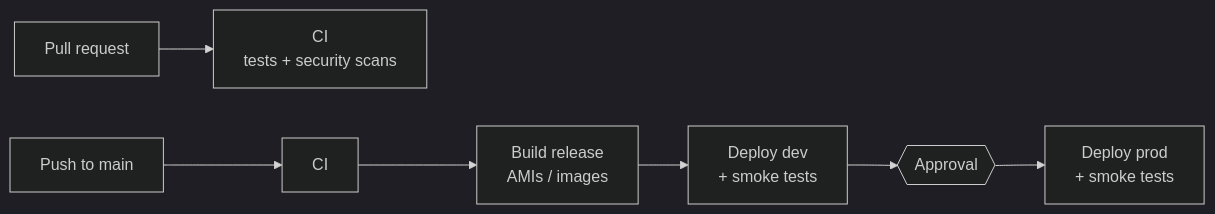
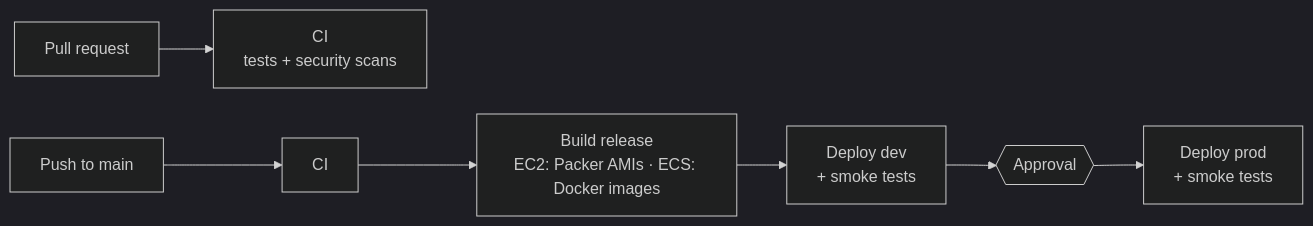
One commit to ngems1/3tier-app changed the third of 3 diagrams in README.md. Above: the diagram before and after it, drawn with Mermaid (dark theme). The commit also changed other lines of this file and 2 other files, not shown here.

Commit message:
Fix RDS TLS: pass CA bundle as ssl_ca

````diff
--- a/README.md
+++ b/README.md
@@ -187,7 +187,7 @@
 ```mermaid
 flowchart LR
     pr[Pull request] --> ci[CI<br/>tests + security scans]
-    push[Push to main] --> ci2[CI] --> build[Build release<br/>AMIs / images]
+    push[Push to main] --> ci2[CI] --> build[Build release<br/>EC2: Packer AMIs · ECS: Docker images]
     build --> dev[Deploy dev<br/>+ smoke tests]
     dev --> approve{{Approval}} --> prod[Deploy prod<br/>+ smoke tests]
 ```
````
